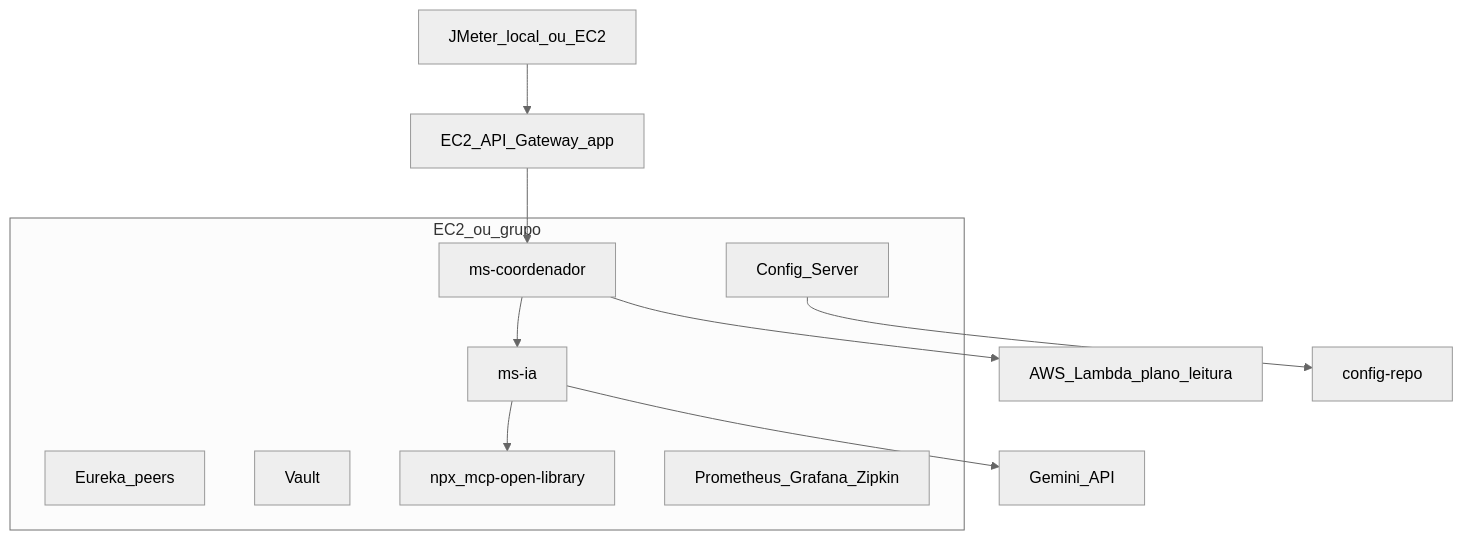
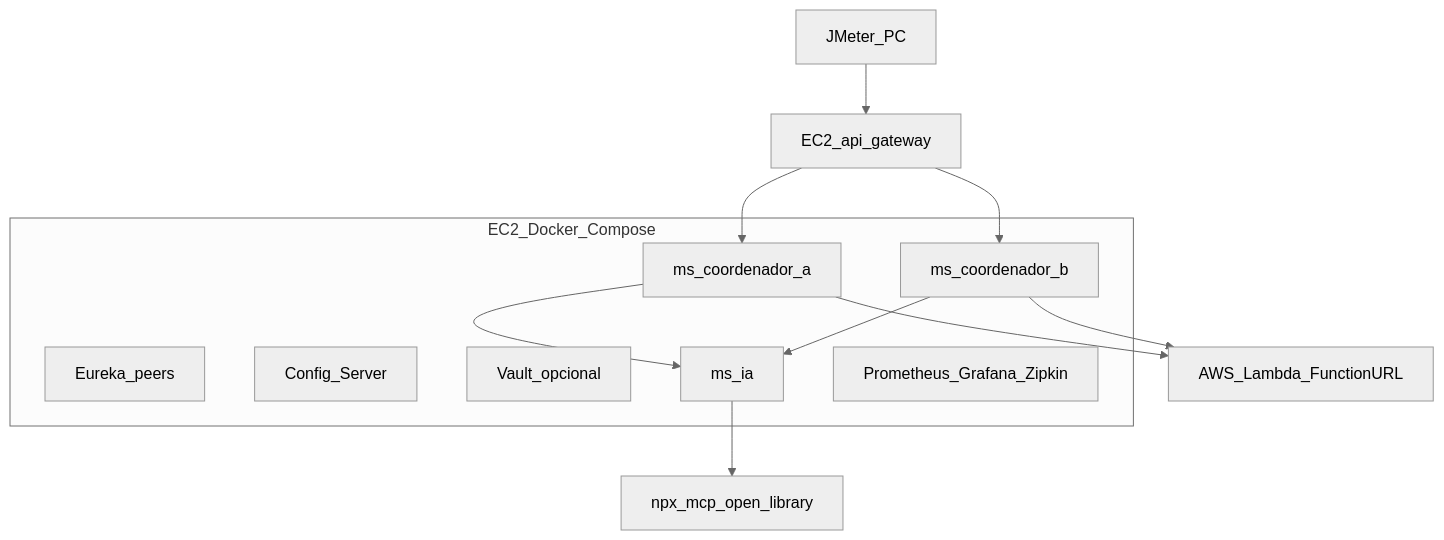
Before and after one commit to maycon-mdrs/ai-powered-web-application: the diagram in docs/06-deploy-aws.md, drawn with Mermaid (neutral theme). The commit also changed other lines of this file and 30 other files, not shown here.

First line of the commit message:
feat: Docker Compose stack, Lambda Function URL handler, and AWS personal deploy docs

````diff
--- a/docs/06-deploy-aws.md
+++ b/docs/06-deploy-aws.md
@@ -9,19 +11,20 @@
 ```mermaid
 flowchart TB
-  JMeter[JMeter_local_ou_EC2] --> GW[EC2_API_Gateway_app]
-  subgraph ec2 [EC2_ou_grupo]
+  JMeter[JMeter_PC] --> GW[EC2_api_gateway]
+  subgraph ec2 [EC2_Docker_Compose]
     Eureka[Eureka_peers]
     Config[Config_Server]
-    Vault[Vault]
-    MS1[ms-coordenador]
-    MS2[ms-ia]
-    MCP[npx_mcp-open-library]
+    Vault[Vault_opcional]
+    MS1a[ms_coordenador_a]
+    MS1b[ms_coordenador_b]
+    MS2[ms_ia]
     Obs[Prometheus_Grafana_Zipkin]
   end
-  GW --> MS1
-  MS1 --> MS2
-  MS1 --> Lambda[AWS_Lambda_plano_leitura]
-  MS2 --> MCP
-  MS2 --> Gemini[Gemini_API]
-  Config --> Git[config-repo]
+  GW --> MS1a
+  GW --> MS1b
+  MS1a --> MS2
+  MS1b --> MS2
+  MS1a --> Lambda[AWS_Lambda_FunctionURL]
+  MS1b --> Lambda
+  MS2 --> MCP[npx_mcp_open_library]
 ```
````
